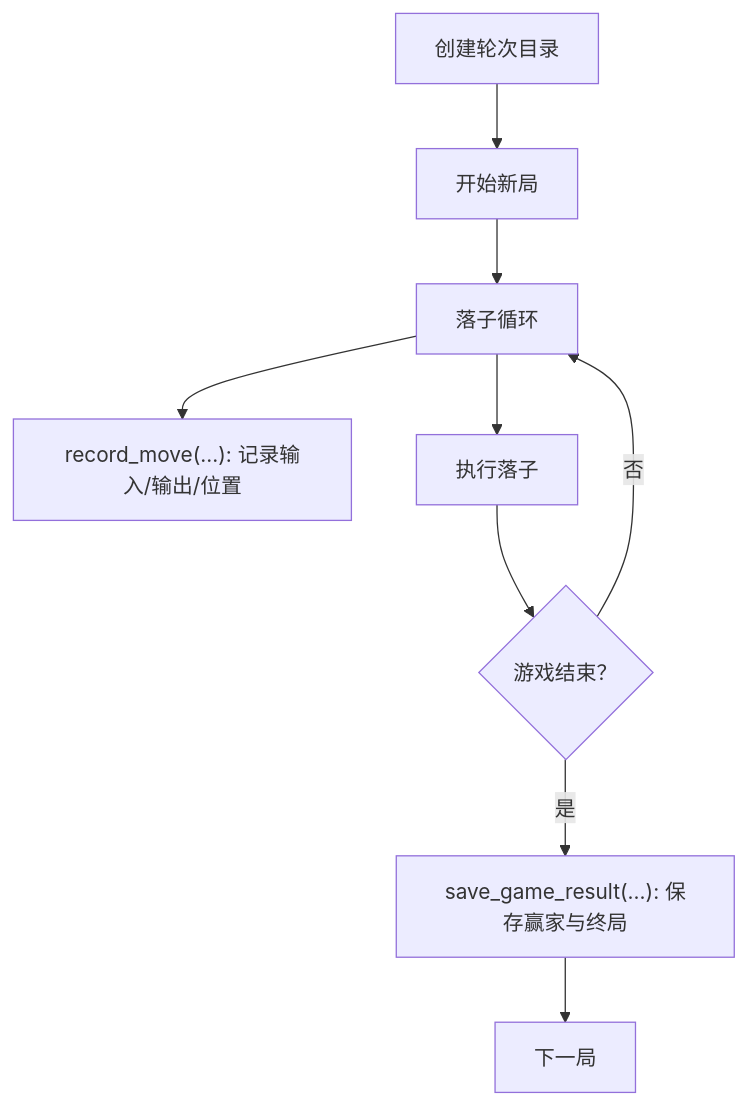
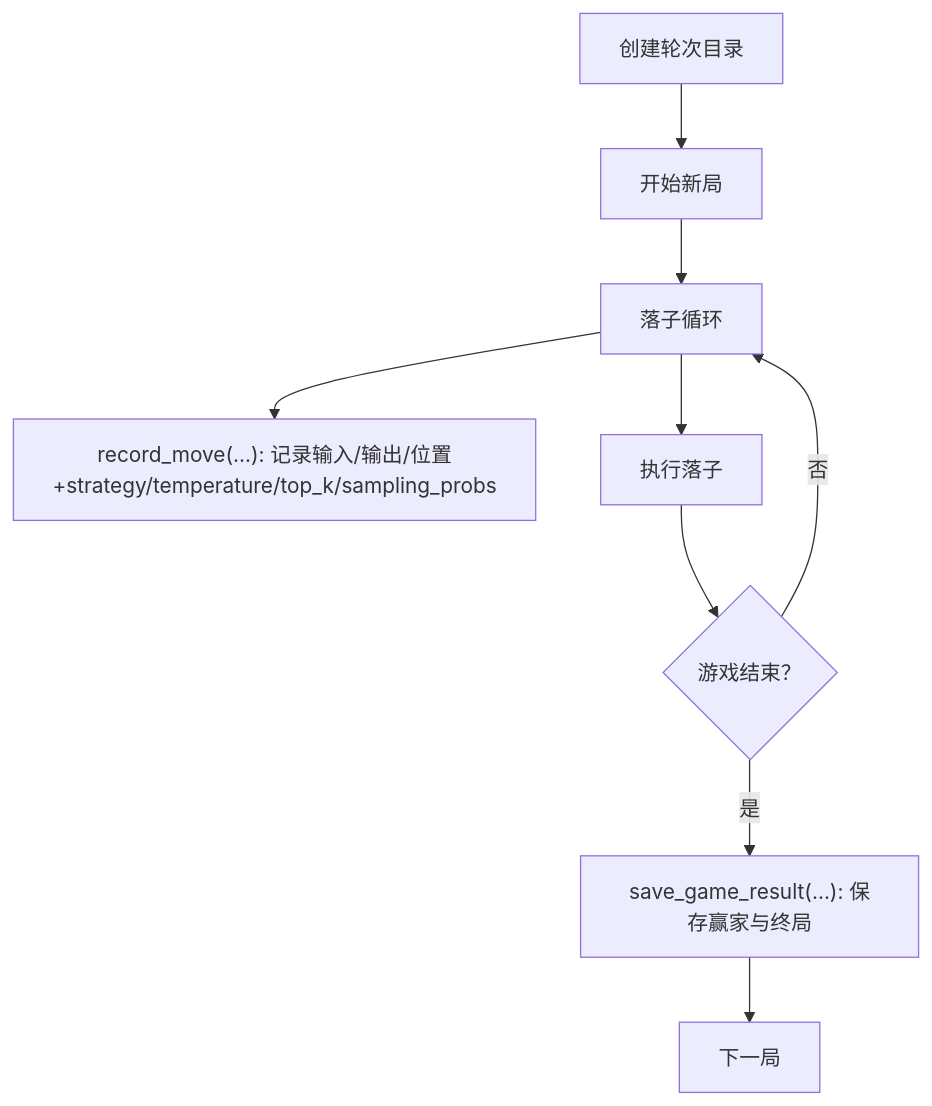
The seventh of 9 diagrams in .qoder/repowiki/zh/content/用户指南/AI对战/AI对战.md (nanhao/gomoku), drawn with Mermaid before and after one commit. The commit also changed other lines of this file and 11 other files, not shown here.

````diff
--- a/.qoder/repowiki/zh/content/用户指南/AI对战/AI对战.md
+++ b/.qoder/repowiki/zh/content/用户指南/AI对战/AI对战.md
@@ -310,11 +348,11 @@
 ```mermaid
 flowchart TD
 NewRound["创建轮次目录"] --> NewGame["开始新局"]
 NewGame --> Loop["落子循环"]
-Loop --> Record["record_move(...): 记录输入/输出/位置"]
+Loop --> Record["record_move(...): 记录输入/输出/位置<br/>+strategy/temperature/top_k/sampling_probs"]
 Loop --> NextMove["执行落子"]
 NextMove --> CheckOver{"游戏结束？"}
 CheckOver --> |否| Loop
 CheckOver --> |是| Save["save_game_result(...): 保存赢家与终局"]
 Save --> NextRound["下一局"]
 ```
````
